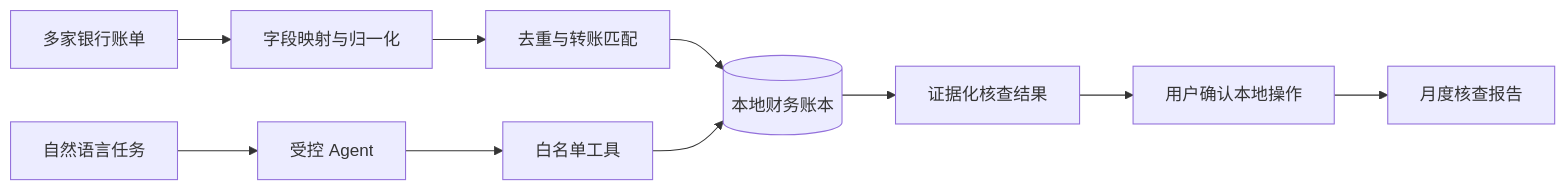
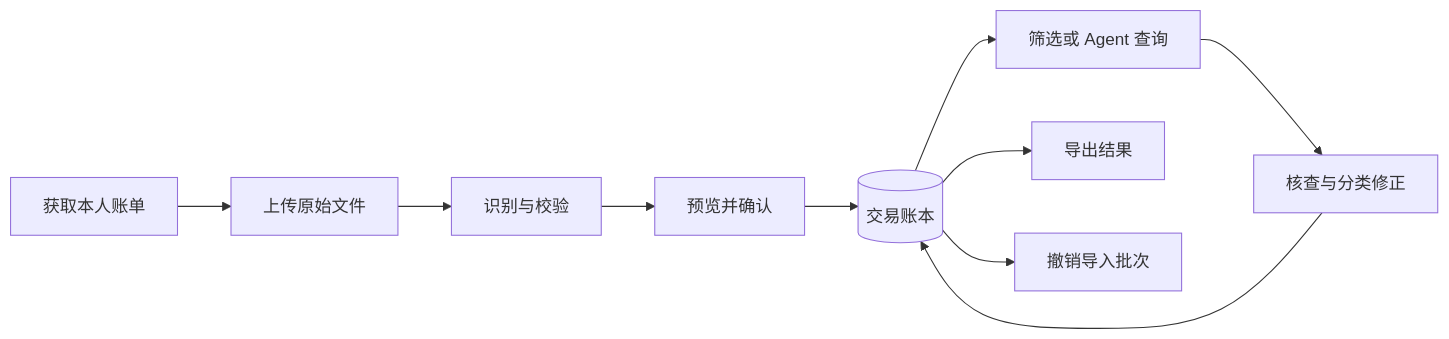
One commit to Masterora/bankpilot-agent changed the first of 2 diagrams in README.md. Above: the diagram before and after it, drawn with Mermaid. The commit also changed other lines of this file and 50 other files, not shown here.

````diff
--- a/README.md
+++ b/README.md
@@ -9,12 +9,12 @@
 ```mermaid
 flowchart LR
-    F[多家银行账单] --> N[字段映射与归一化]
-    N --> D[去重与转账匹配]
-    D --> L[(本地财务账本)]
-    Q[自然语言任务] --> A[受控 Agent]
-    A --> T[白名单工具]
-    T --> L
-    L --> E[证据化核查结果]
-    E --> C[用户确认本地操作]
-    C --> R[月度核查报告]
+    S[获取本人账单] --> U[上传原始文件]
+    U --> P[识别与校验]
+    P --> V[预览并确认]
+    V --> L[(交易账本)]
+    L --> Q[筛选或 Agent 查询]
+    Q --> C[核查与分类修正]
+    C --> L
+    L --> E[导出结果]
+    L --> R[撤销导入批次]
 ```
````
